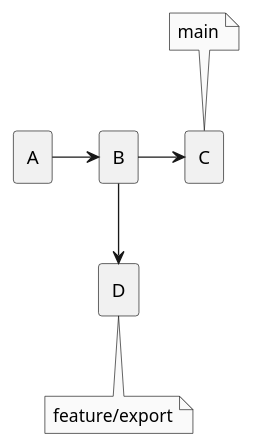
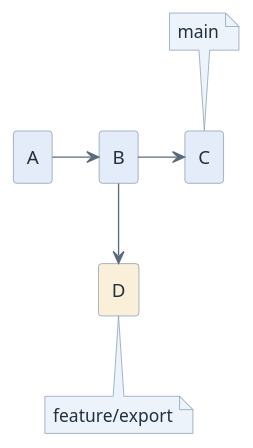
Before and after one commit to htl-leonding-college/curriculum-syp3: the diagram in modules/git-branching/index.adoc, drawn with PlantUML. The commit also changed 65 other files, not shown here.

First line of the commit message:
feat(site): give the diagrams a semantic pastel palette

```diff
--- a/modules/git-branching/index.adoc
+++ b/modules/git-branching/index.adoc
@@ -28,16 +28,19 @@
 [plantuml,git-branch,svg]
 ----
 @startuml
-skinparam monochrome true
+<style>
+element { BackgroundColor #EDF3FA; LineColor #7C93AD; FontColor #21303F }
+arrow { LineColor #5A6B7D; FontColor #21303F }
+</style>
 skinparam shadowing false
-rectangle "A" as A
-rectangle "B" as B
-rectangle "C" as C
-rectangle "D" as D
+rectangle "A" as A #E3ECF8
+rectangle "B" as B #E3ECF8
+rectangle "C" as C #E3ECF8
+rectangle "D" as D #FAF0D9
 A -right-> B
 B -right-> C
 B -down-> D
 note top of C : main
 note bottom of D : feature/export
 @enduml
 ----
```
